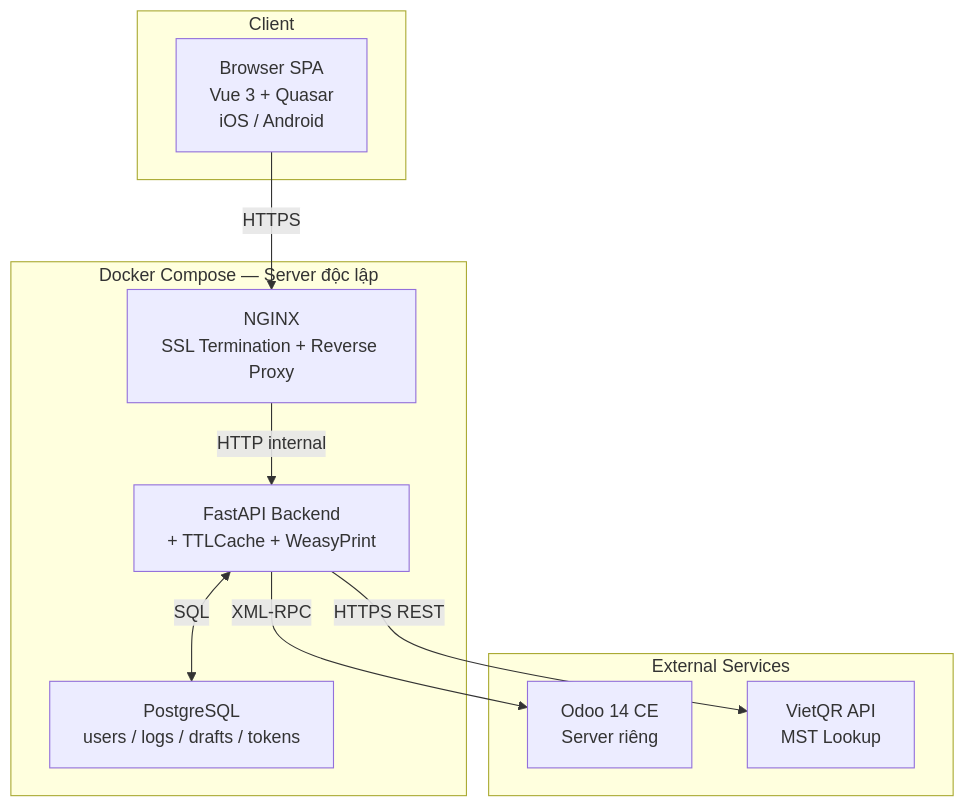
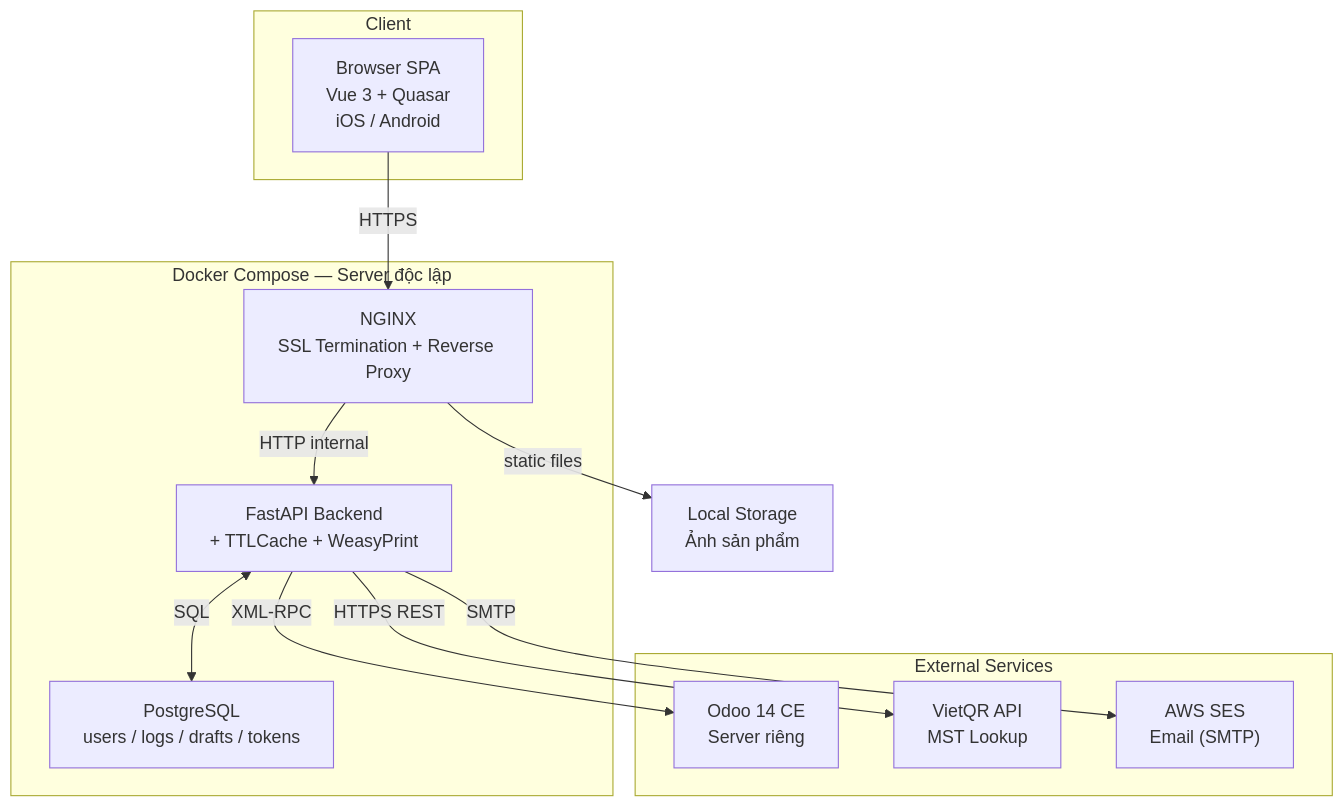
The diagram in docs/scope.md (ngohuuduc/VJ_mobile_POS), drawn with Mermaid before and after one commit. The commit also changed other lines of this file and 5 other files, not shown here.

````diff
--- a/docs/scope.md
+++ b/docs/scope.md
@@ -70,23 +74,26 @@
 ```mermaid
 graph TD
     subgraph Client["Client"]
         Browser["Browser SPA\nVue 3 + Quasar\niOS / Android"]
     end
 
     subgraph Docker["Docker Compose — Server độc lập"]
         NGINX["NGINX\nSSL Termination + Reverse Proxy"]
         FastAPI["FastAPI Backend\n+ TTLCache + WeasyPrint"]
         PG["PostgreSQL\nusers / logs / drafts / tokens"]
     end
 
     subgraph External["External Services"]
         Odoo["Odoo 14 CE\nServer riêng"]
         VietQR["VietQR API\nMST Lookup"]
+        SES["AWS SES\nEmail (SMTP)"]
     end
 
     Browser -->|HTTPS| NGINX
     NGINX -->|HTTP internal| FastAPI
+    NGINX -->|static files| ImgStore["Local Storage\nẢnh sản phẩm"]
     FastAPI <-->|SQL| PG
     FastAPI -->|XML-RPC| Odoo
     FastAPI -->|HTTPS REST| VietQR
+    FastAPI -->|SMTP| SES
 ```
````
